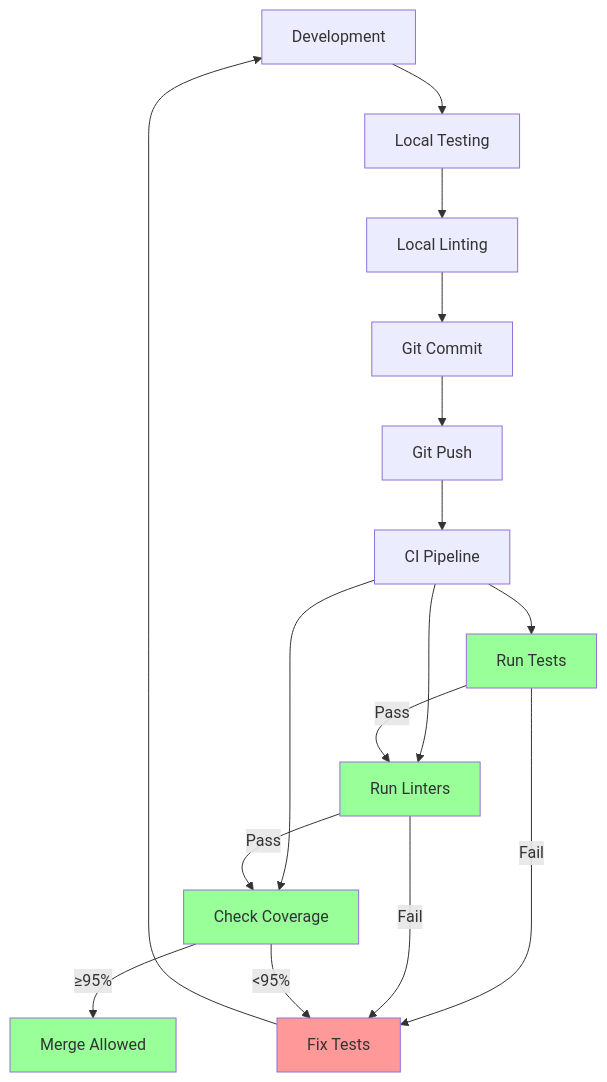
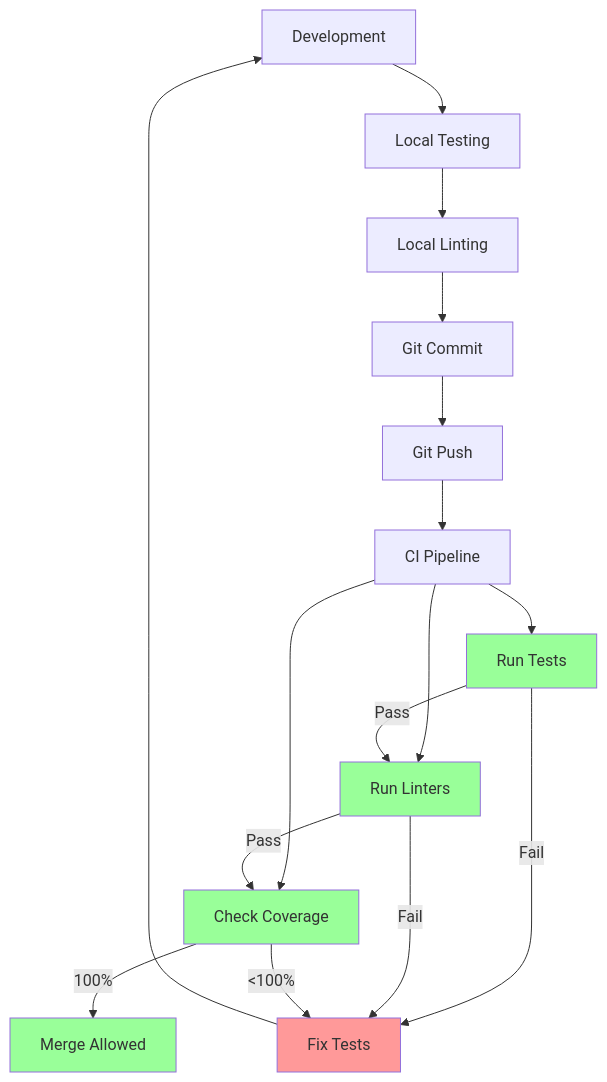
Before and after one commit to ayaiayorg/agentic-devtools: the second of 2 diagrams in docs/10-quality-requirements.md, drawn with Mermaid. The commit also changed other lines of this file and 2 other files, not shown here.

````diff
--- a/docs/10-quality-requirements.md
+++ b/docs/10-quality-requirements.md
@@ -347,29 +347,29 @@
 ```mermaid
 flowchart TD
     Dev[Development] --> Test[Local Testing]
     Test --> Lint[Local Linting]
     Lint --> Commit[Git Commit]
     Commit --> Push[Git Push]
     Push --> CI[CI Pipeline]
     
     CI --> TestCI[Run Tests]
     CI --> LintCI[Run Linters]
     CI --> Coverage[Check Coverage]
     
     TestCI -->|Pass| LintCI
     TestCI -->|Fail| Fix[Fix Tests]
     
     LintCI -->|Pass| Coverage
     LintCI -->|Fail| Fix
     
-    Coverage -->|≥95%| Merge[Merge Allowed]
-    Coverage -->|<95%| Fix
+    Coverage -->|100%| Merge[Merge Allowed]
+    Coverage -->|<100%| Fix
     
     Fix --> Dev
     
     style TestCI fill:#9f9
     style LintCI fill:#9f9
     style Coverage fill:#9f9
     style Merge fill:#9f9
     style Fix fill:#f99
 ```
````
